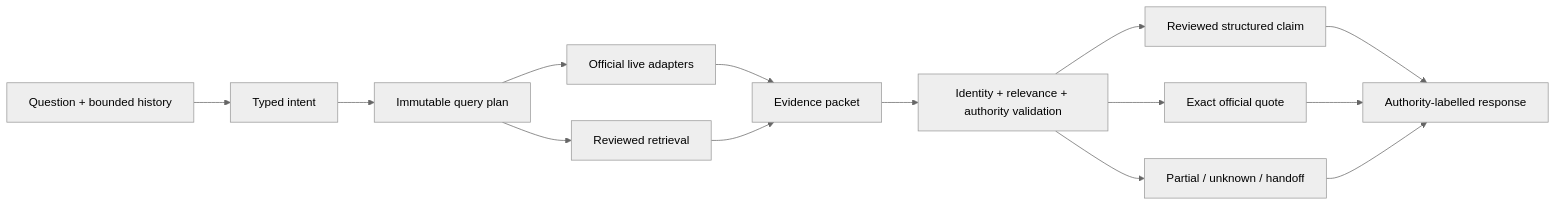
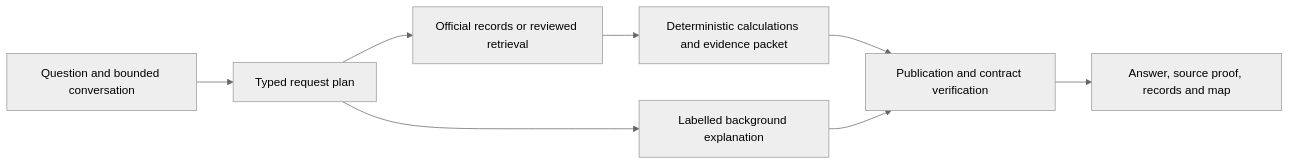
One commit to yusenrong46-afk/firelens-bc changed the diagram in README.md. Above: the diagram before and after it, drawn with Mermaid (neutral theme). The commit also changed other lines of this file and 215 other files, not shown here.

````diff
--- a/README.md
+++ b/README.md
@@ -129,16 +50,10 @@
 ```mermaid
 flowchart LR
-    Q[Question + bounded history] --> R[Typed intent]
-    R --> P[Immutable query plan]
-    P --> L[Official live adapters]
-    P --> G[Reviewed retrieval]
-    L --> E[Evidence packet]
-    G --> E
-    E --> V[Identity + relevance + authority validation]
-    V --> S[Reviewed structured claim]
-    V --> X[Exact official quote]
-    V --> U[Partial / unknown / handoff]
-    S --> UI[Authority-labelled response]
-    X --> UI
-    U --> UI
+    Q[Question and bounded conversation] --> P[Typed request plan]
+    P --> S[Official records or reviewed retrieval]
+    S --> C[Deterministic calculations and evidence packet]
+    P --> B[Labelled background explanation]
+    C --> V[Publication and contract verification]
+    B --> V
+    V --> A[Answer, source proof, records and map]
 ```
````
